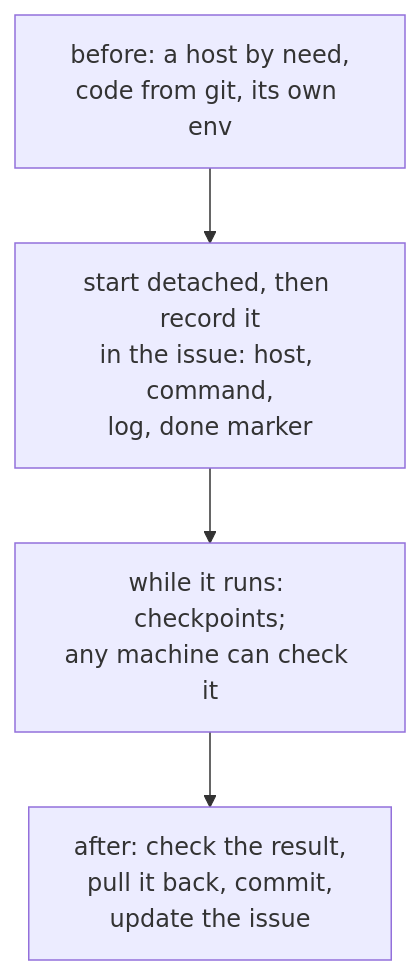
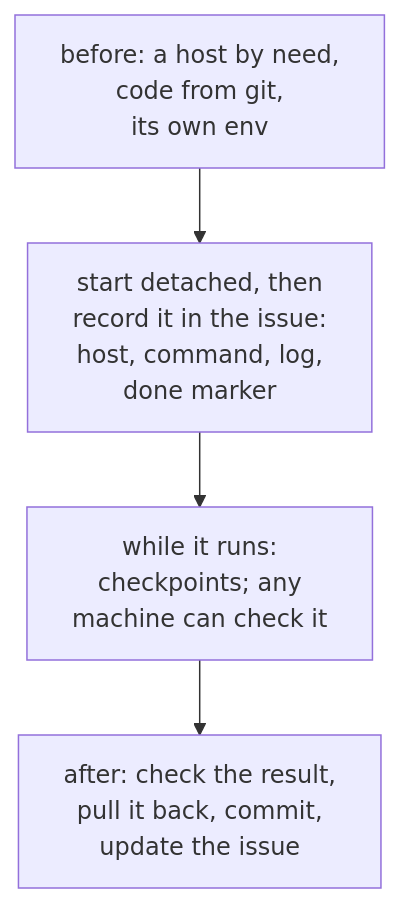
One commit to Valpatel/cad-agent changed the diagram in skills/cad-remote-runs/SKILL.md. Above: the diagram before and after it, drawn with Mermaid. The commit also changed 8 other files, not shown here.

First line of the commit message:
Answer the second #124 review: palette in the parsed diagram, data-sheet rows only

````diff
--- a/skills/cad-remote-runs/SKILL.md
+++ b/skills/cad-remote-runs/SKILL.md
@@ -12,9 +12,9 @@
 ```mermaid
 flowchart TD
-    B["before: a host by need,<br/>code from git, its own env"] --> S["start detached, then record it<br/>in the issue: host, command,<br/>log, done marker"]
-    S --> W["while it runs: checkpoints;<br/>any machine can check it"]
+    B["before: a host by need,<br/>code from git,<br/>its own env"] --> S["start detached, then<br/>record it in the issue:<br/>host, command, log,<br/>done marker"]
+    S --> W["while it runs:<br/>checkpoints; any<br/>machine can check it"]
     W --> A["after: check the result,<br/>pull it back, commit,<br/>update the issue"]
     class S,W here
     class B near
     class A out
 ```
````
